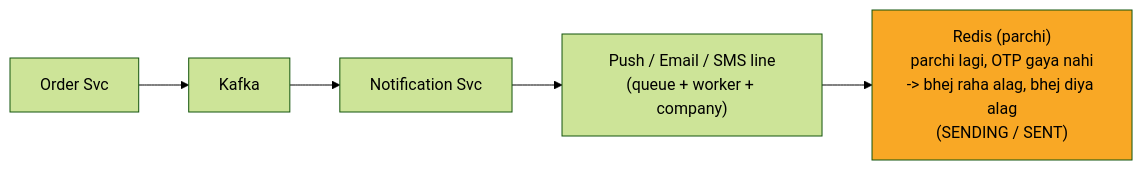
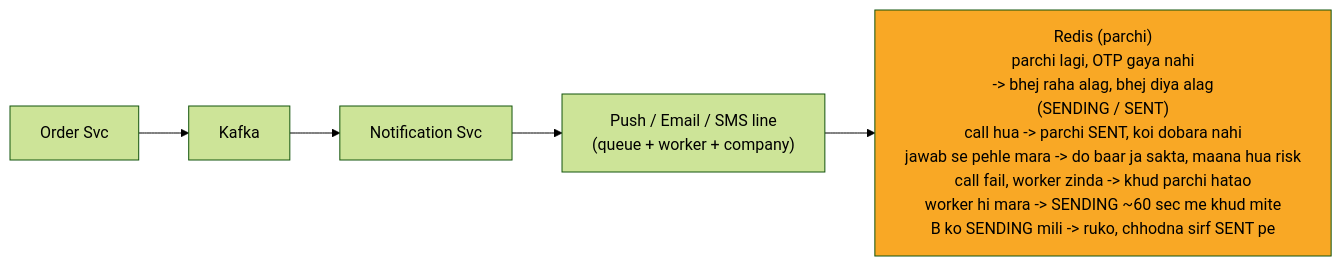
One commit to ArpanMaheshwari144/Prep changed the fifth of 13 diagrams in 04_HLD/SYSTEM_DESIGNS/04_notification_system/04_notification_system.md. Above: the diagram before and after it, drawn with Mermaid (forest theme). The commit also changed other lines of this file and 12 other files, not shown here.

Commit message:
hld 02-14: peele dabbe me SAFAR ke mod + diagram chauda (wrappingWidth 450)

````diff
--- a/04_HLD/SYSTEM_DESIGNS/04_notification_system/04_notification_system.md
+++ b/04_HLD/SYSTEM_DESIGNS/04_notification_system/04_notification_system.md
@@ -204,13 +208,14 @@
 ```mermaid
+%%{init: {"flowchart": {"wrappingWidth": 450}}}%%
 flowchart LR
     n_Order_Svc["Order Svc"]
     n_Kafka["Kafka"]
     n_Notification_Svc["Notification Svc"]
     n_LINES["Push / Email / SMS line<br/>(queue + worker + company)"]
-    n_Redis["Redis (parchi)<br/>parchi lagi, OTP gaya nahi<br/>-> bhej raha alag, bhej diya alag<br/>(SENDING / SENT)"]
+    n_Redis["Redis (parchi)<br/>parchi lagi, OTP gaya nahi<br/>-> bhej raha alag, bhej diya alag<br/>(SENDING / SENT)<br/>call hua -> parchi SENT, koi dobara nahi<br/>jawab se pehle mara -> do baar ja sakta, maana hua risk<br/>call fail, worker zinda -> khud parchi hatao<br/>worker hi mara -> SENDING ~60 sec me khud mite<br/>B ko SENDING mili -> ruko, chhodna sirf SENT pe"]
     n_Order_Svc --> n_Kafka
     n_Kafka --> n_Notification_Svc
     n_Notification_Svc --> n_LINES
     n_LINES --> n_Redis
     style n_Redis fill:#f9a825,color:#000
 ```
````
